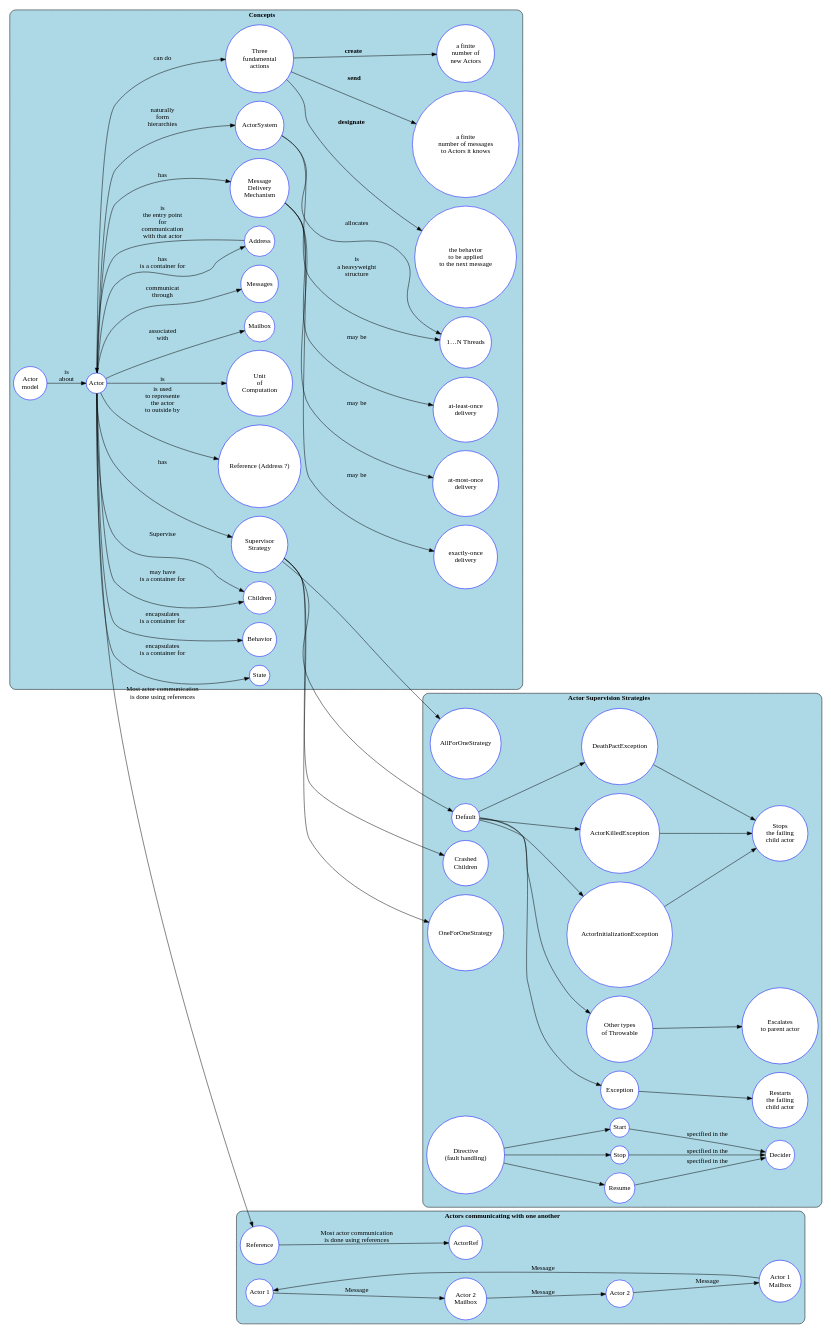
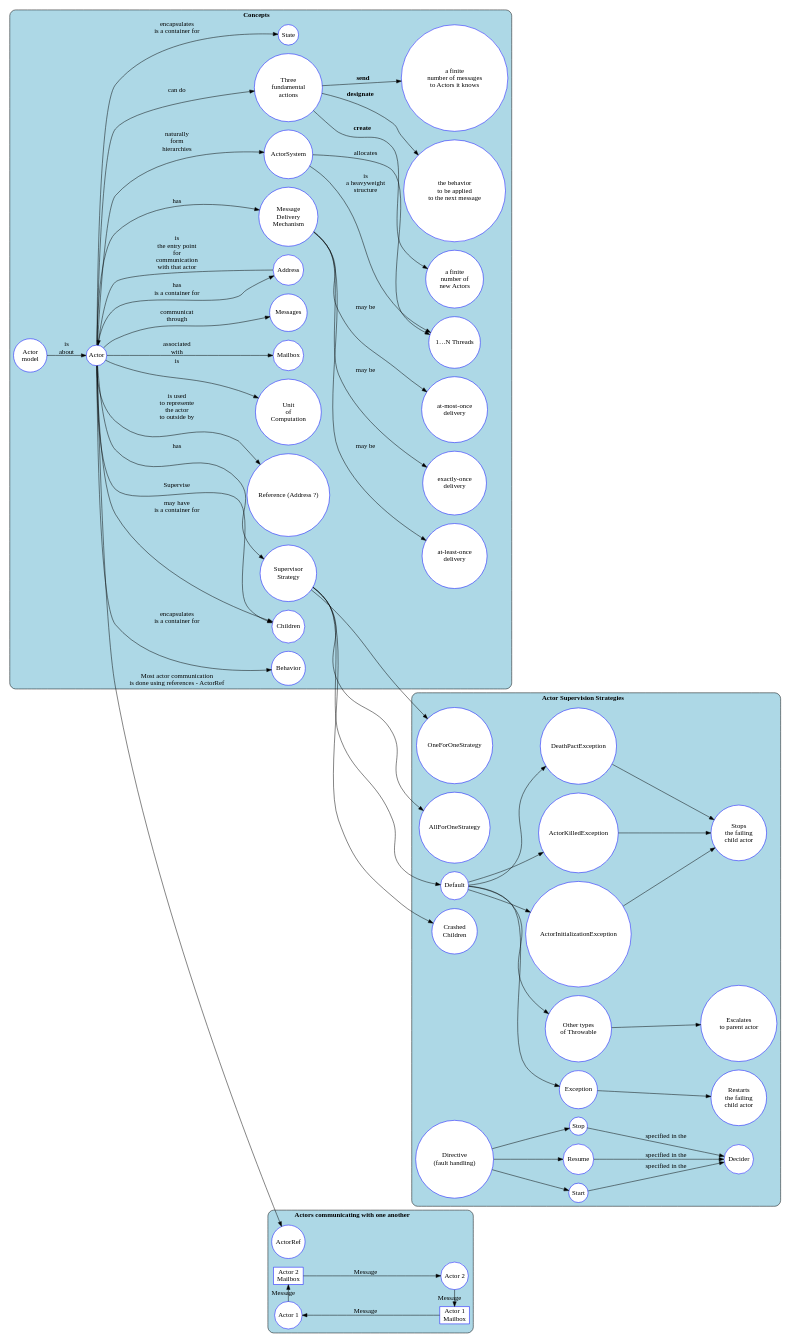
The diagram in src/actor/actor-model-concepts.dot (Farrukhjon/profession-roadmap), drawn with Graphviz before and after one commit.

Commit message:
fixed actors communication diagram arrows alignment

```diff
--- a/src/actor/actor-model-concepts.dot
+++ b/src/actor/actor-model-concepts.dot
@@ -1,67 +1,73 @@
 digraph akka_actor {
 	rankdir = "LR";
 	compound = true;
 	node [shape = circle style = filled fillcolor = white color = blue margin = 0];
 
 	subgraph cluster_actor_model {
 		label = <<B>Concepts</B>>;
 		style = rounded;
 		bgcolor = lightblue;
 		"Actor \n model" -> "Actor" [label = "is \n about"];
 		"Actor" -> "State" [label = "encapsulates \n is a container for"];
 		"Actor" -> "Behavior" [label = "encapsulates \n is a container for"];
 		"Actor" -> "Children" [label = "may have \n is a container for"];
 		"Actor" -> "Supervisor \n Strategy" [label = "has"];
 		"Actor" -> "Reference (Address ?)" [label = "is used \n to represente \n the actor \n to outside by"];
 		"Actor" -> "Address" [label = "has \n is a container for"];
 		"Actor" -> "Unit \n of \n Computation" [label = "is"];
 		"Actor" -> "Mailbox" [label = "associated \n with"];
 		"Actor" -> "Messages" [label = "communicat \n through"]; 
 		"Address" -> "Actor" [label = "is \n the entry point \n for \n communication \n with that actor"];
 		"Actor" -> "Message \n Delivery \n Mechanism" [label = "has"];
 		"Message \n Delivery \n Mechanism" -> "at-most-once \n delivery" [label = "may be"];
 		"Message \n Delivery \n Mechanism" -> "at-least-once \n delivery" [label = "may be"];
 		"Message \n Delivery \n Mechanism" -> "exactly-once \n delivery" [label = "may be"];
 		"Actor" -> "ActorSystem" [label = "naturally \n form \n hierarchies"];
 		"ActorSystem" -> "1…N Threads" [label = "is \n a heavyweight \n structure"];
 		"ActorSystem" -> "1…N Threads" [label = "allocates"];
 		"Actor" -> "Three \n fundamental \n actions" [label = "can do"];
 		"Three \n fundamental \n actions" -> "a finite \n number of messages \n to Actors it knows" [label = <<B>send</B>>]; 
 		"Three \n fundamental \n actions" -> "a finite \n number of \n new Actors" [label = <<B>create</B>>];
 		"Three \n fundamental \n actions" -> "the behavior \n to be applied \n to the next message" [label = <<B>designate</B>>];
 	}
 
 	subgraph cluster_actor_ref {
 		label = <<B>Actors communicating with one another</B>>;
 		style = rounded;
 		bgcolor = lightblue;
-		"Actor" -> "Reference" -> "ActorRef" [label = "Most actor communication \n is done using references"];
-		"Actor 1" -> "Actor 2 \n Mailbox" [label = "Message"];
-		"Actor 2" -> "Actor 1 \n Mailbox" [label = "Message"];
-		"Actor 1 \n Mailbox" -> "Actor 1" [label = "Message"];
-		"Actor 2 \n Mailbox" -> "Actor 2" [label = "Message"];
+		"Actor" -> "ActorRef" [label = "Most actor communication \n is done using references - ActorRef"];
+
+        actor_1 [label = "Actor 1"];
+        actor_2 [label = "Actor 2"];
+        actor_1_mb [shape = box label = "Actor 1 \n Mailbox"];
+        actor_2_mb [shape = box label = "Actor 2 \n Mailbox"];
+
+        actor_1_mb -> actor_1 [label = "Message"];
+        { rank=same actor_1 -> actor_2_mb [label = "Message"] };
+        actor_2_mb -> actor_2 [label = "Message"];
+        { rank=same actor_2 -> actor_1_mb [label = "Message"] };
 	}
 
 	subgraph cluster_supervision {
 		label = <<B>Actor Supervision Strategies</B>>;
 		style = rounded;
 		bgcolor = lightblue;
 		"Actor" -> "Children" [label = "Supervise"];
 		"Supervisor \n Strategy" -> "Default";
 		"Default" -> "ActorInitializationException" -> "Stops \n the failing \n child actor";
 		"Default" -> "ActorKilledException" -> "Stops \n the failing \n child actor";
 		"Default" -> "DeathPactException" -> "Stops \n the failing \n child actor";
 		"Default" -> "Exception" -> "Restarts \n the failing \n child actor";
 		"Default" -> "Other types \n of Throwable" -> "Escalates \n to parent actor";
 		"Supervisor \n Strategy" -> "Crashed \n Children" [lable = "is the policy \n to apply for"];
 		"Supervisor \n Strategy" -> "OneForOneStrategy";
 		"Supervisor \n Strategy" -> "AllForOneStrategy";
 		"Directive \n (fault handling)" -> "Stop";
 		"Directive \n (fault handling)" -> "Start";
 		"Directive \n (fault handling)" -> "Resume";
 		"Stop" -> "Decider" [label = "specified in the"];
 		"Start" -> "Decider" [label = "specified in the"];
 		"Resume" -> "Decider" [label = "specified in the"];
 	}
 
 }
```
